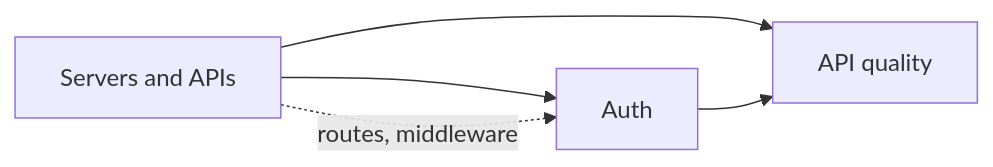
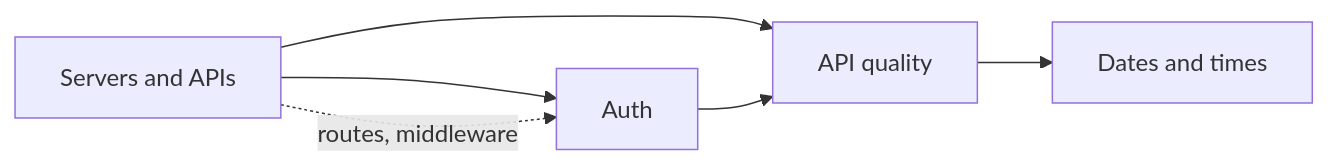
The diagram in docs/09-back-end/index.md (faiyaz-svg/CSFromTheGroundUp), drawn with Mermaid before and after one commit. The commit also changed other lines of this file and 7 other files, not shown here.

Commit message:
add dates and times chapter

````diff
--- a/docs/09-back-end/index.md
+++ b/docs/09-back-end/index.md
@@ -13,7 +13,8 @@
 ```mermaid
 flowchart LR
     A["Servers and APIs"] --> B["Auth"]
     A --> C["API quality"]
     B --> C
+    C --> D["Dates and times"]
     A -. "routes, middleware" .-> B
 ```
````
